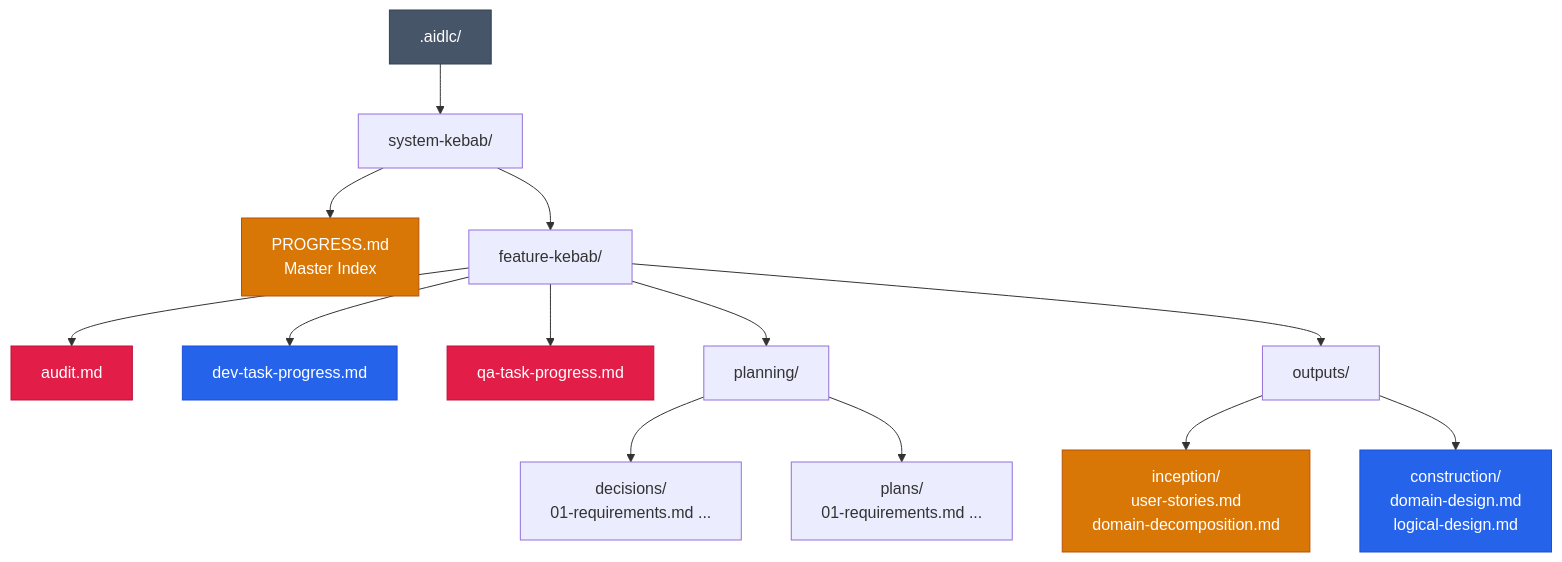
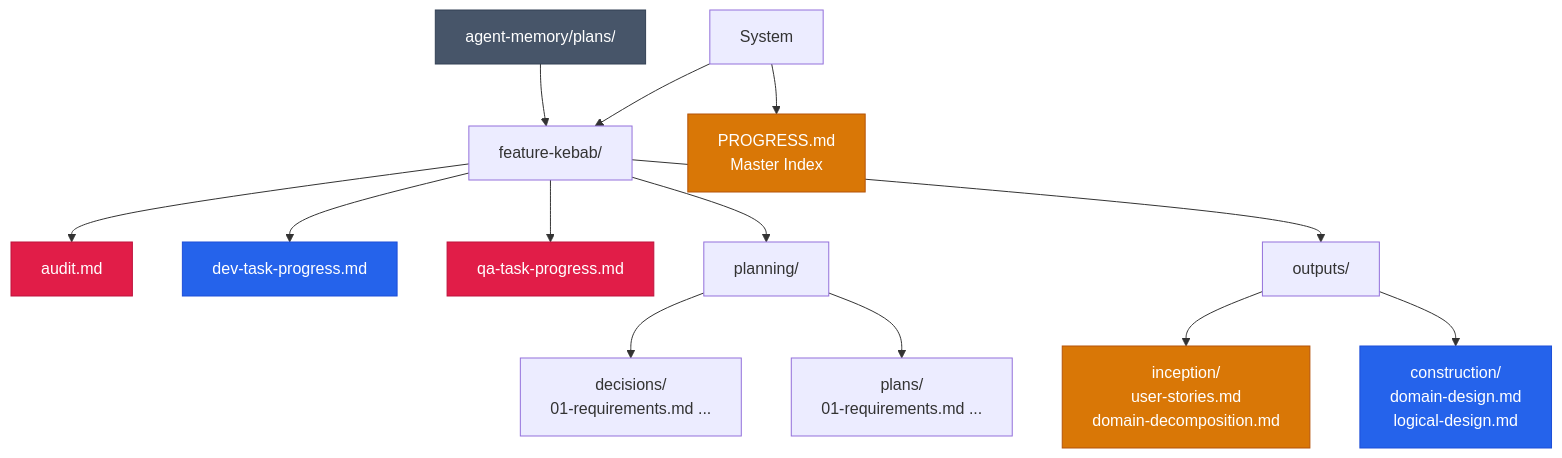
The sixth of 11 diagrams in skills/aidlc/aidlc-flowchart.md (Vit129/skills), drawn with Mermaid before and after one commit. The commit also changed other lines of this file and 62 other files, not shown here.

First line of the commit message:
feat: AIDLC single standard — all artifacts to agent-memory, no .aidlc/

````diff
--- a/skills/aidlc/aidlc-flowchart.md
+++ b/skills/aidlc/aidlc-flowchart.md
@@ -183,23 +183,23 @@
 ```mermaid
 flowchart TD
-    Root[.aidlc/] --> System[system-kebab/]
+    Root[agent-memory/plans/] --> Feature[feature/]
     System --> Progress[PROGRESS.md<br/>Master Index]
     System --> Feature[feature-kebab/]
     Feature --> Audit[audit.md]
     Feature --> DevProg[dev-task-progress.md]
     Feature --> QAProg[qa-task-progress.md]
     Feature --> Planning[planning/]
     Feature --> Outputs[outputs/]
     Planning --> Decisions[decisions/<br/>01-requirements.md ...]
     Planning --> Plans[plans/<br/>01-requirements.md ...]
     Outputs --> Inception[inception/<br/>user-stories.md<br/>domain-decomposition.md]
     Outputs --> Construction[construction/<br/>domain-design.md<br/>logical-design.md]
 
     style Root fill:#475569,color:#fff,stroke:#334155
     style Progress fill:#d97706,color:#fff,stroke:#b45309
     style Audit fill:#e11d48,color:#fff,stroke:#be123c
     style DevProg fill:#2563eb,color:#fff,stroke:#1d4ed8
     style QAProg fill:#e11d48,color:#fff,stroke:#be123c
     style Inception fill:#d97706,color:#fff,stroke:#b45309
     style Construction fill:#2563eb,color:#fff,stroke:#1d4ed8
 ```
````
